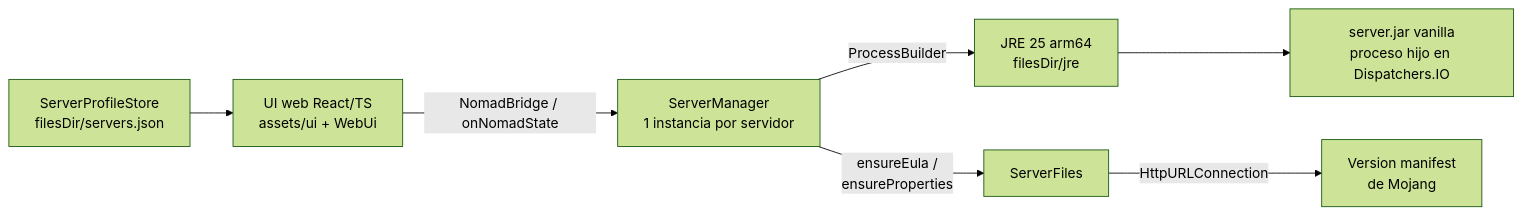
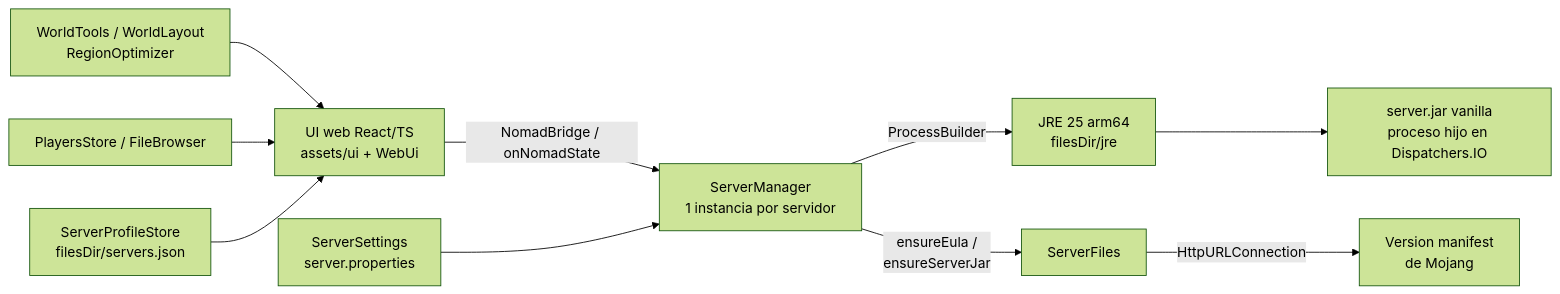
One commit to elJulioDev/NomadServer changed the diagram in README.md. Above: the diagram before and after it, drawn with Mermaid (forest theme). The commit also changed other lines of this file, not shown here.

````diff
--- a/README.md
+++ b/README.md
@@ -113,9 +177,12 @@
 ```mermaid
 flowchart LR
     A["UI web React/TS<br/>assets/ui + WebUi"] -->|"NomadBridge / onNomadState"| B["ServerManager<br/>1 instancia por servidor"]
     B -->|"ProcessBuilder"| C["JRE 25 arm64<br/>filesDir/jre"]
     C --> D["server.jar vanilla<br/>proceso hijo en Dispatchers.IO"]
-    B -->|"ensureEula /<br/>ensureProperties"| E["ServerFiles"]
+    B -->|"ensureEula /<br/>ensureServerJar"| E["ServerFiles"]
     E -->|"HttpURLConnection"| F["Version manifest<br/>de Mojang"]
-    G["ServerProfileStore<br/>filesDir/servers.json"] --> A
+    G["ServerSettings<br/>server.properties"] --> B
+    H["WorldTools / WorldLayout<br/>RegionOptimizer"] --> A
+    I["PlayersStore / FileBrowser"] --> A
+    J["ServerProfileStore<br/>filesDir/servers.json"] --> A
 ```
````
